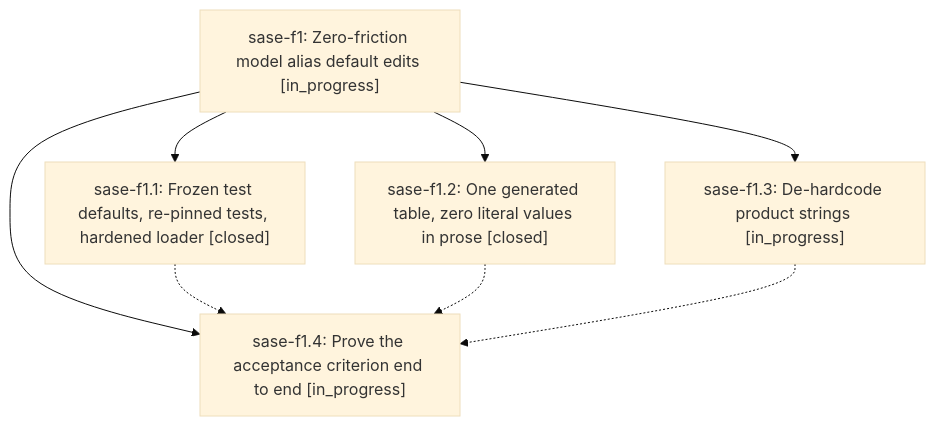
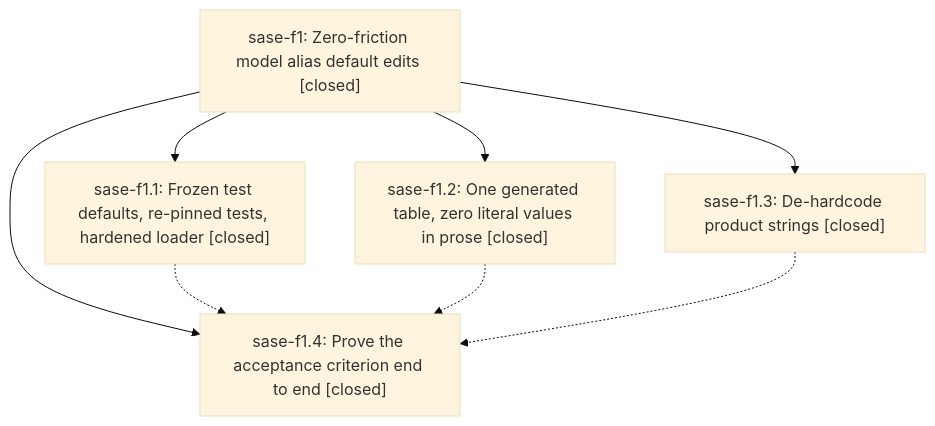
Before and after one commit to sase-org/sase--beads: the diagram in pages/sase-f1/README.md, drawn with Mermaid (base theme). The commit also changed other lines of this file and 4 other files, not shown here.

````diff
--- a/pages/sase-f1/README.md
+++ b/pages/sase-f1/README.md
@@ -25,15 +31,15 @@
 ```mermaid
 flowchart TD
-    n0["sase-f1: Zero-friction model alias default edits [in_progress]"]
+    n0["sase-f1: Zero-friction model alias default edits [closed]"]
     n1["sase-f1.1: Frozen test defaults, re-pinned tests, hardened loader [closed]"]
     n2["sase-f1.2: One generated table, zero literal values in prose [closed]"]
-    n3["sase-f1.3: De-hardcode product strings [in_progress]"]
-    n4["sase-f1.4: Prove the acceptance criterion end to end [in_progress]"]
+    n3["sase-f1.3: De-hardcode product strings [closed]"]
+    n4["sase-f1.4: Prove the acceptance criterion end to end [closed]"]
     n0 --> n1
     n0 --> n2
     n0 --> n3
     n0 --> n4
     n1 -.-> n4
     n2 -.-> n4
     n3 -.-> n4
 ```
````
